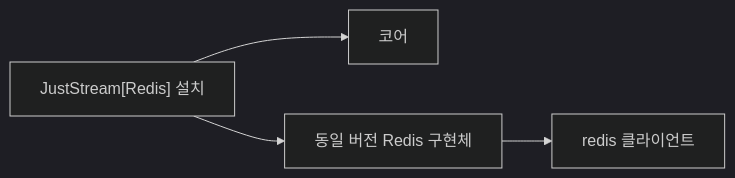
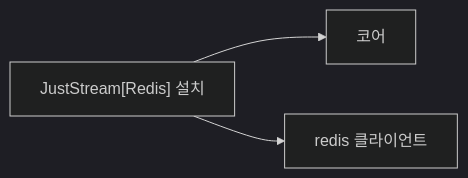
Before and after one commit to yong5eon/JustStream: the diagram in docs/Packaging.md, drawn with Mermaid (dark theme). The commit also changed other lines of this file and 15 other files, not shown here.

````diff
--- a/docs/Packaging.md
+++ b/docs/Packaging.md
@@ -11,6 +11,5 @@
 ```mermaid
 flowchart LR
   A["JustStream[Redis] 설치"] --> B["코어"]
-  A --> C["동일 버전 Redis 구현체"]
-  C --> D["redis 클라이언트"]
+  A --> C["redis 클라이언트"]
 ```
````
